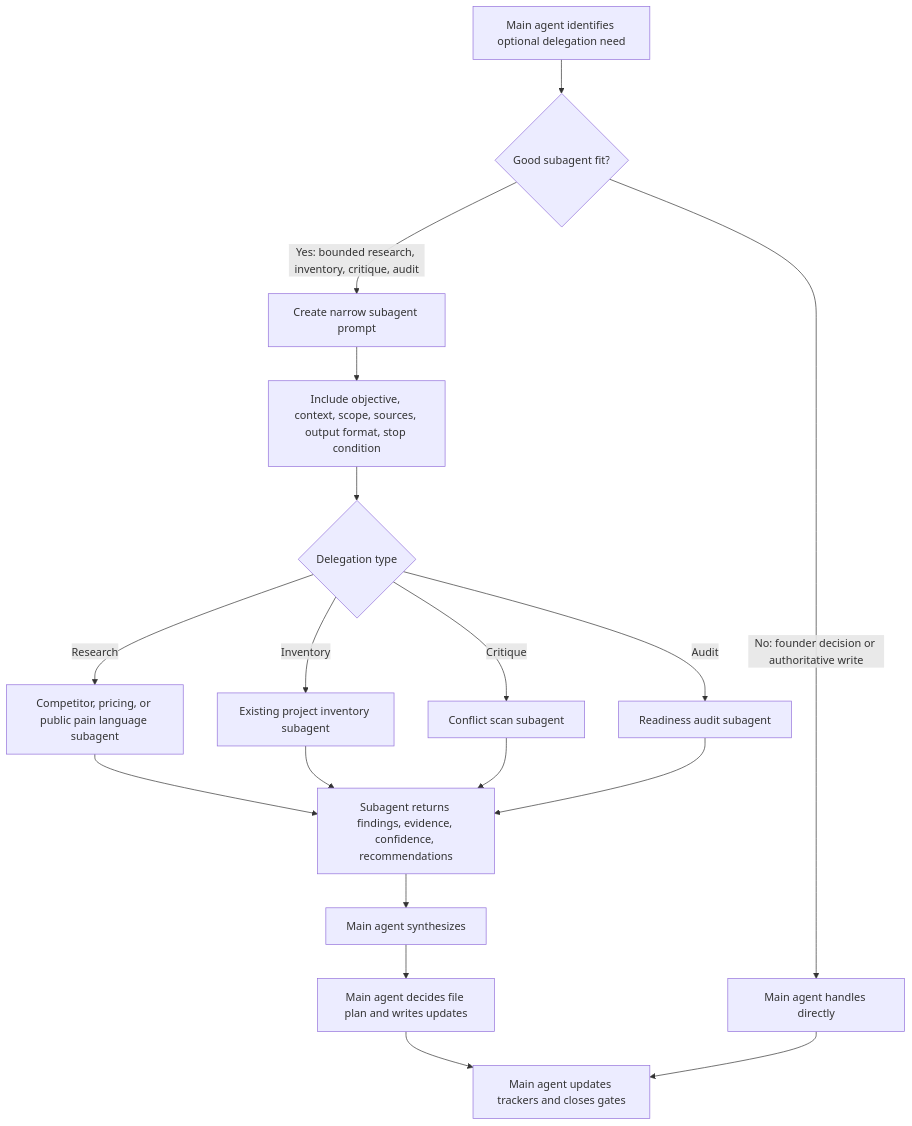
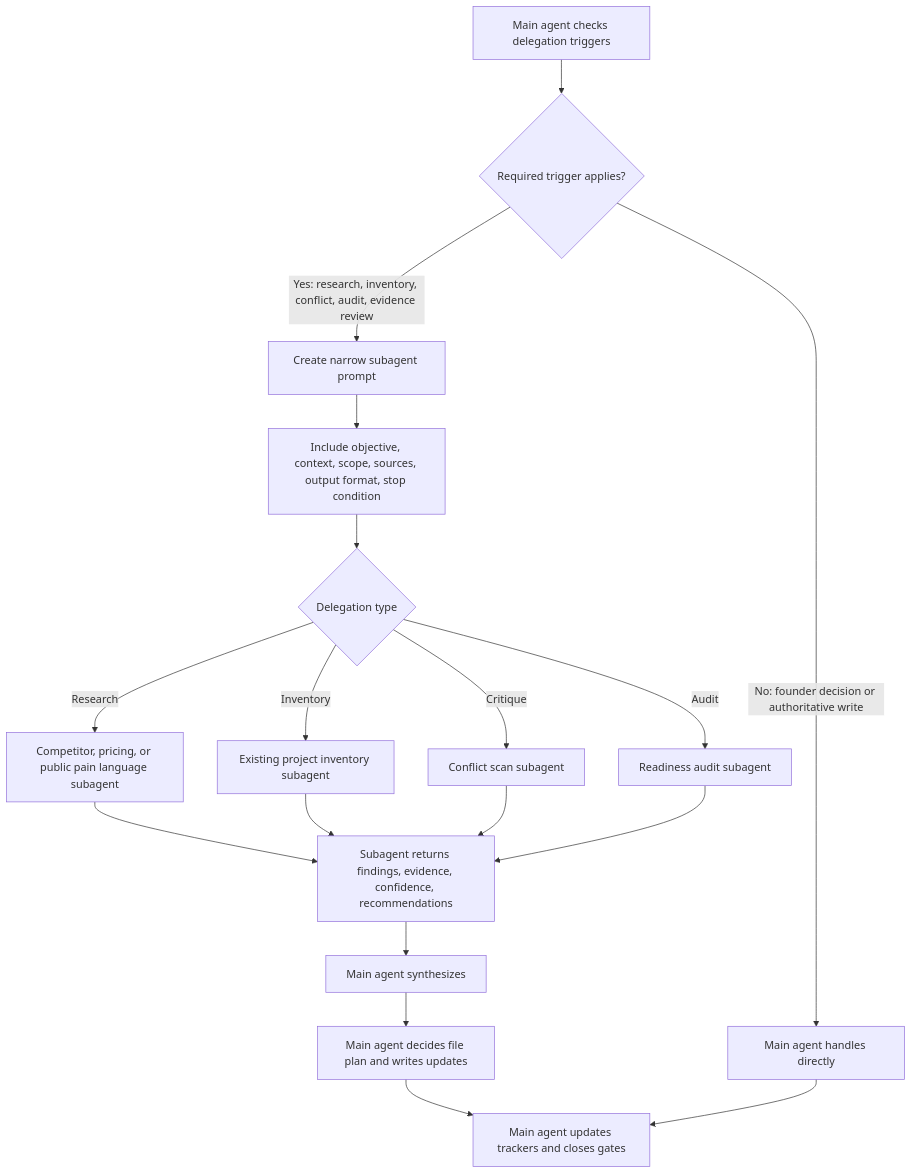
One commit to pax-k/build-right changed the fourth of 8 diagrams in agent-skills-flow-diagrams.md. Above: the diagram before and after it, drawn with Mermaid. The commit also changed other lines of this file and 12 other files, not shown here.

````diff
--- a/agent-skills-flow-diagrams.md
+++ b/agent-skills-flow-diagrams.md
@@ -128,26 +131,26 @@
 ```mermaid
 flowchart TD
-  A["Main agent identifies optional delegation need"] --> B{"Good subagent fit?"}
+  A["Main agent checks delegation triggers"] --> B{"Required trigger applies?"}
 
   B -->|"No: founder decision or authoritative write"| C["Main agent handles directly"]
-  B -->|"Yes: bounded research, inventory, critique, audit"| D["Create narrow subagent prompt"]
+  B -->|"Yes: research, inventory, conflict, audit, evidence review"| D["Create narrow subagent prompt"]
 
   D --> E["Include objective, context, scope, sources, output format, stop condition"]
   E --> F{"Delegation type"}
 
   F -->|"Research"| G["Competitor, pricing, or public pain language subagent"]
   F -->|"Inventory"| H["Existing project inventory subagent"]
   F -->|"Critique"| I["Conflict scan subagent"]
   F -->|"Audit"| J["Readiness audit subagent"]
 
   G --> K["Subagent returns findings, evidence, confidence, recommendations"]
   H --> K
   I --> K
   J --> K
 
   K --> L["Main agent synthesizes"]
   L --> M["Main agent decides file plan and writes updates"]
   M --> N["Main agent updates trackers and closes gates"]
 
   C --> N
 ```
````
